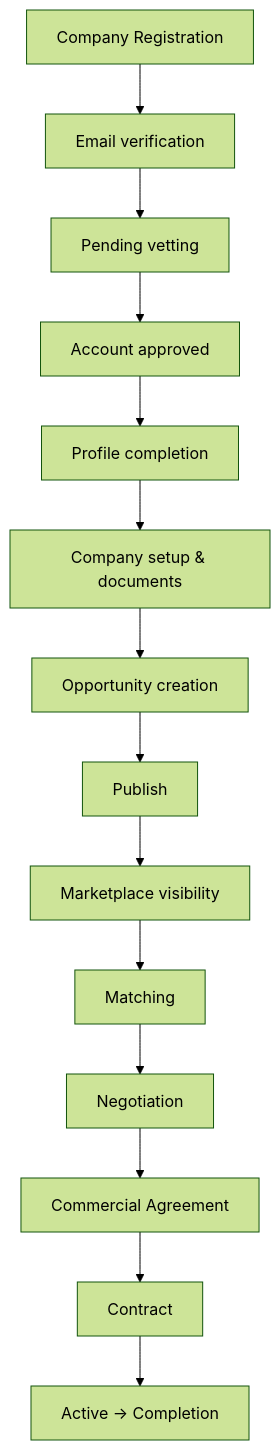
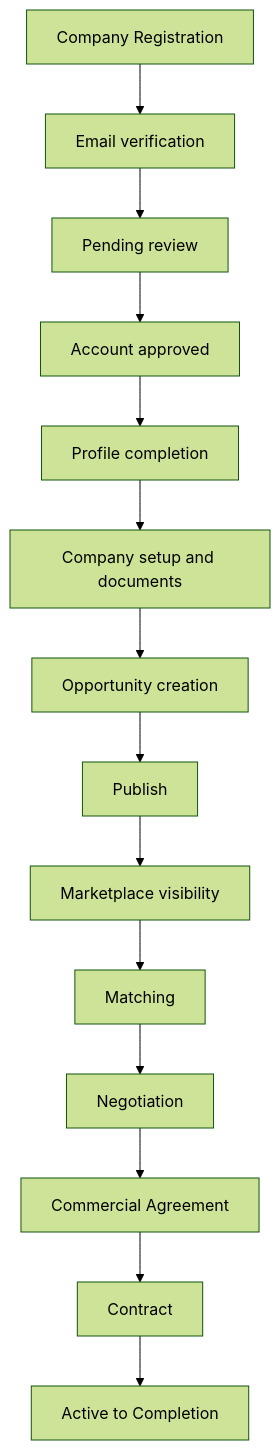
Before and after one commit to Mabdelmofdy/PMtwin1: the sixth of 6 diagrams in docs/PM-Twin-Complete-User-Guide.md, drawn with Mermaid (forest theme). The commit also changed other lines of this file and 1 other file, not shown here.

````diff
--- a/docs/PM-Twin-Complete-User-Guide.md
+++ b/docs/PM-Twin-Complete-User-Guide.md
@@ -1077,16 +1128,16 @@
 ```mermaid
 flowchart TD
   R[Company Registration] --> V[Email verification]
-  V --> P[Pending vetting]
+  V --> P[Pending review]
   P --> A[Account approved]
   A --> PR[Profile completion]
-  PR --> CS[Company setup & documents]
+  PR --> CS[Company setup and documents]
   CS --> OC[Opportunity creation]
   OC --> PB[Publish]
   PB --> MP[Marketplace visibility]
   MP --> MT[Matching]
   MT --> NG[Negotiation]
   NG --> CA[Commercial Agreement]
   CA --> CT[Contract]
-  CT --> Done[Active → Completion]
+  CT --> Done[Active to Completion]
 ```
````
